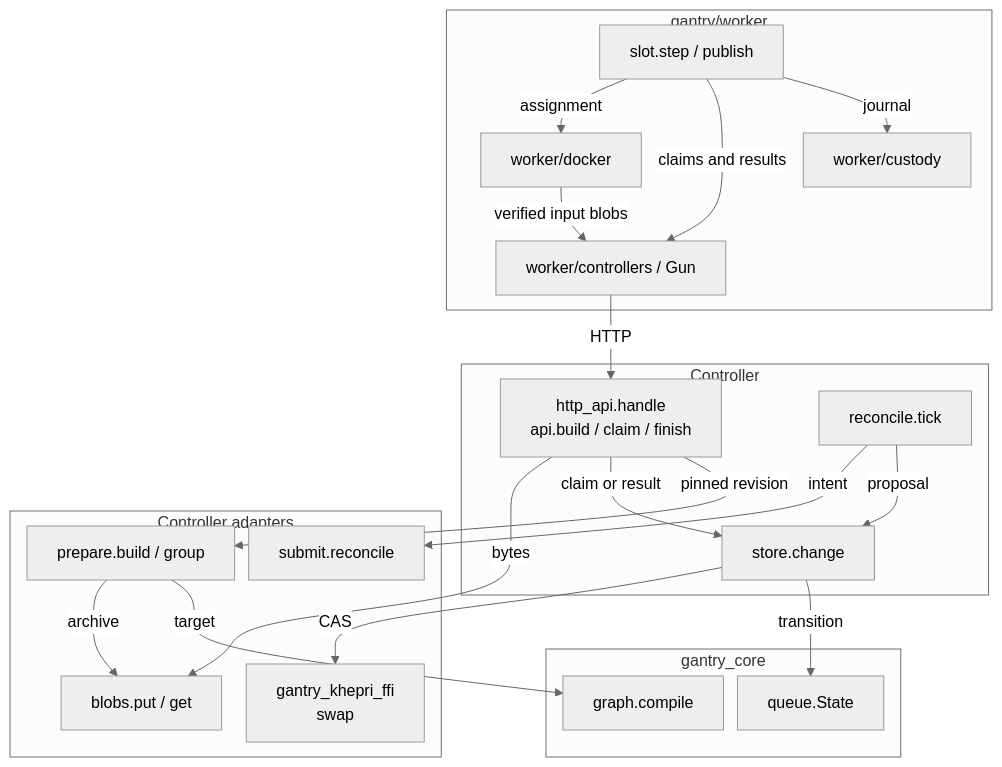
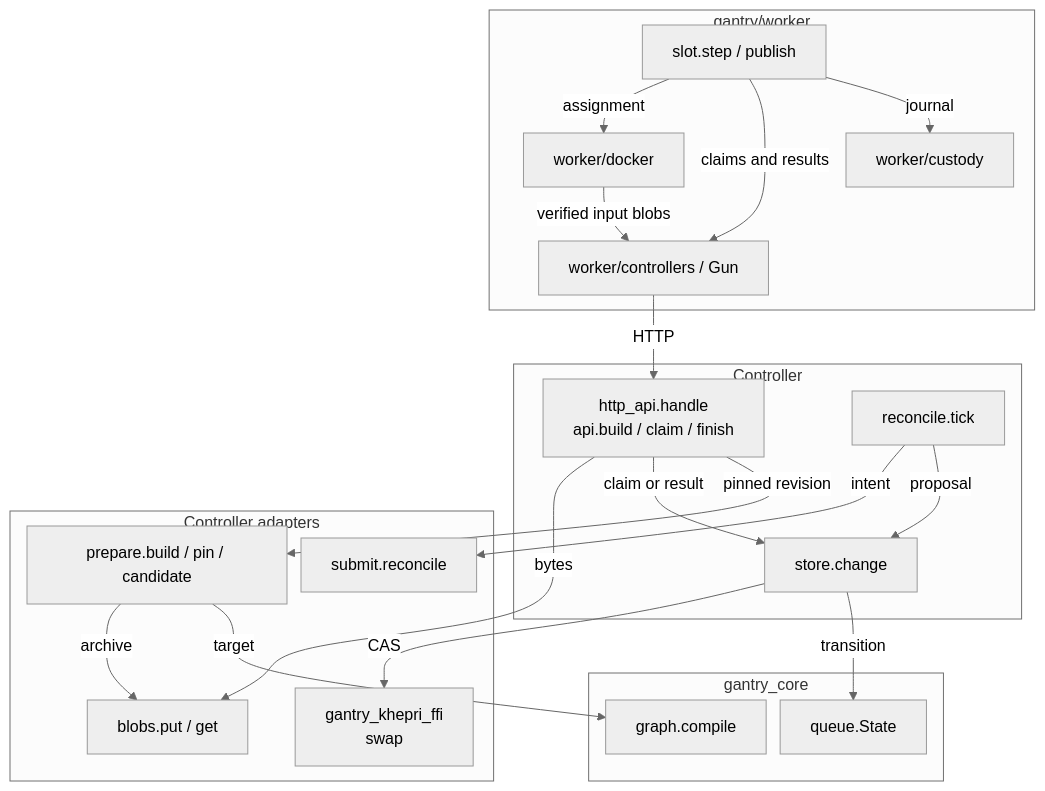
Before and after one commit to Roasbeef/gantry: the first of 7 diagrams in docs/architecture/runtime.md, drawn with Mermaid (neutral theme). The commit also changed other lines of this file, not shown here.

First line of the commit message:
docs: bring the runtime architecture level with the code

````diff
--- a/docs/architecture/runtime.md
+++ b/docs/architecture/runtime.md
@@ -16,39 +18,39 @@
 ```mermaid
 %%{init: {"flowchart": {"nodeSpacing": 14, "rankSpacing": 30}} }%%
 flowchart TB
     subgraph controller["Controller"]
         API["http_api.handle<br/>api.build / claim / finish"]
         REC["reconcile.tick"]
         TX["store.change"]
     end
     subgraph core["gantry_core"]
         GRAPH["graph.compile"]
         QUEUE["queue.State"]
     end
     subgraph worker["gantry/worker"]
         SLOT["slot.step / publish"]
         CUSTODY["worker/custody"]
         EXEC["worker/docker"]
         NET["worker/controllers / Gun"]
     end
     subgraph adapters["Controller adapters"]
-        PREP["prepare.build / group"]
+        PREP["prepare.build / pin / candidate"]
         RA["gantry_khepri_ffi<br/>swap"]
         BLOB["blobs.put / get"]
         GIT["submit.reconcile"]
     end
     API -->|"pinned revision"| PREP
     PREP -->|"target"| GRAPH
     PREP -->|"archive"| BLOB
     API -->|"claim or result"| TX
     TX -->|"transition"| QUEUE
     TX -->|"CAS"| RA
     REC -->|"proposal"| TX
     REC -->|"intent"| GIT
     SLOT -->|"journal"| CUSTODY
     SLOT -->|"claims and results"| NET
     SLOT -->|"assignment"| EXEC
     EXEC -->|"verified input blobs"| NET
     NET -->|"HTTP"| API
     API -->|"bytes"| BLOB
 ```
````
